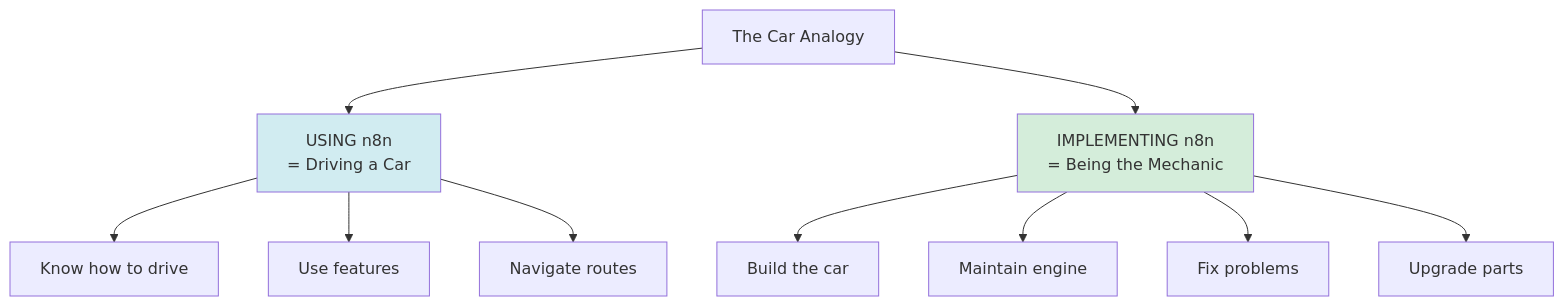
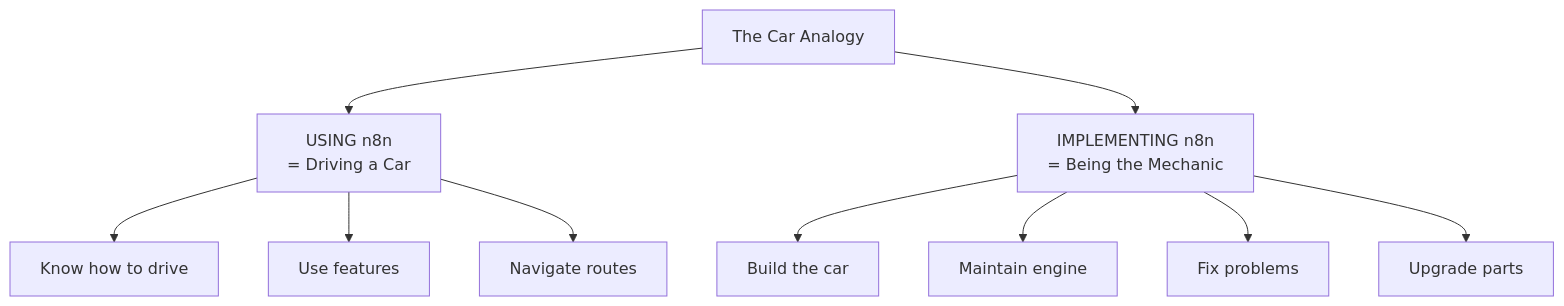
Before and after one commit to wtoloza-dev/ZTH-n8n-Engineer: the fourth of 7 diagrams in lessons/01-foundations/theory/05-using-vs-implementing.md, drawn with Mermaid. The commit also changed other lines of this file and 31 other files, not shown here.

````diff
--- a/lessons/01-foundations/theory/05-using-vs-implementing.md
+++ b/lessons/01-foundations/theory/05-using-vs-implementing.md
@@ -145,17 +143,15 @@
 ```mermaid
 graph TD
     A[The Car Analogy] --> B[USING n8n<br/>= Driving a Car]
     A --> C[IMPLEMENTING n8n<br/>= Being the Mechanic]
     
     B --> B1[Know how to drive]
     B --> B2[Use features]
     B --> B3[Navigate routes]
     
     C --> C1[Build the car]
     C --> C2[Maintain engine]
     C --> C3[Fix problems]
     C --> C4[Upgrade parts]
     
-    style B fill:#d1ecf1
-    style C fill:#d4edda
 ```
````
